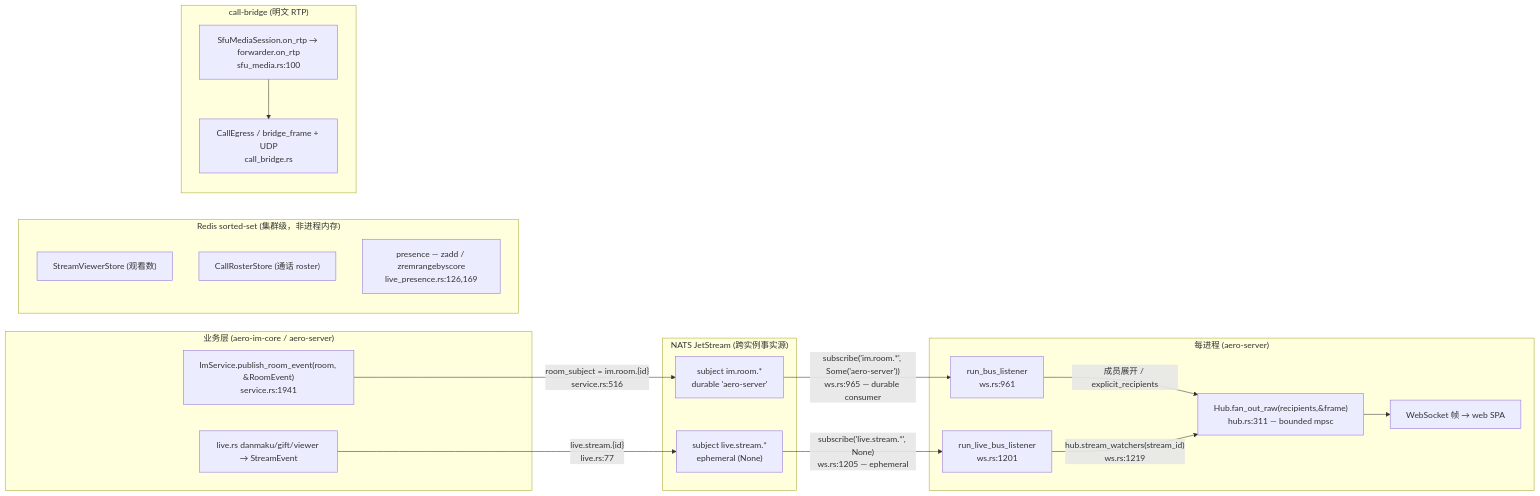
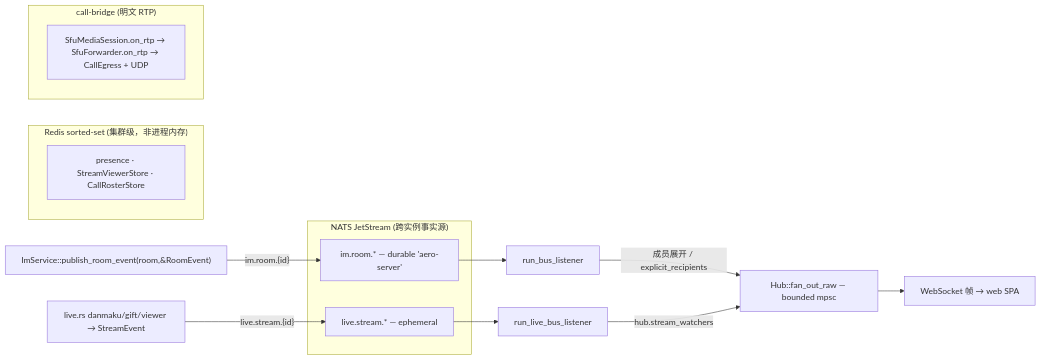
The diagram in AGENTS.md (yangwb1123/aero-im), drawn with Mermaid before and after one commit. The commit also changed other lines of this file, not shown here.

````diff
--- a/AGENTS.md
+++ b/AGENTS.md
@@ -9,33 +10,18 @@
 ```mermaid
 flowchart LR
-  subgraph 写路径["业务层 (aero-im-core / aero-server)"]
-    SVC["ImService.publish_room_event(room, &RoomEvent)<br/>service.rs:1941"]
-    LIVE["live.rs danmaku/gift/viewer → StreamEvent"]
+  SVC["ImService::publish_room_event(room,&RoomEvent)"] -->|"im.room.{id}"| N1
+  LIVE["live.rs danmaku/gift/viewer → StreamEvent"] -->|"live.stream.{id}"| N2
+  subgraph NATS["NATS JetStream (跨实例事实源)"]
+    N1["im.room.* — durable 'aero-server'"]
+    N2["live.stream.* — ephemeral"]
   end
-  SVC -->|"room_subject = im.room.{id}<br/>service.rs:516"| N1
-  LIVE -->|"live.stream.{id}<br/>live.rs:77"| N2
-  subgraph NATS["NATS JetStream (跨实例事实源)"]
-    N1["subject im.room.*<br/>durable 'aero-server'"]
-    N2["subject live.stream.*<br/>ephemeral (None)"]
-  end
-  N1 -->|"subscribe('im.room.*', Some('aero-server'))<br/>ws.rs:965 — durable consumer"| L1
-  N2 -->|"subscribe('live.stream.*', None)<br/>ws.rs:1205 — ephemeral"| L2
-  subgraph PROC["每进程 (aero-server)"]
-    L1["run_bus_listener<br/>ws.rs:961"]
-    L2["run_live_bus_listener<br/>ws.rs:1201"]
-    HUB["Hub.fan_out_raw(recipients,&frame)<br/>hub.rs:311 — bounded mpsc"]
-    L1 -->|"成员展开 / explicit_recipients"| HUB
-    L2 -->|"hub.stream_watchers(stream_id)<br/>ws.rs:1219"| HUB
-    HUB --> WS["WebSocket 帧 → web SPA"]
-  end
+  N1 --> L1["run_bus_listener"] -->|"成员展开 / explicit_recipients"| HUB
+  N2 --> L2["run_live_bus_listener"] -->|"hub.stream_watchers"| HUB
+  HUB["Hub::fan_out_raw — bounded mpsc"] --> WS["WebSocket 帧 → web SPA"]
   subgraph 集群状态["Redis sorted-set (集群级，非进程内存)"]
-    R1["StreamViewerStore (观看数)"]
-    R2["CallRosterStore (通话 roster)"]
-    R3["presence — zadd / zremrangebyscore<br/>live_presence.rs:126,169"]
+    R["presence · StreamViewerStore · CallRosterStore"]
   end
   subgraph 跨节点媒体["call-bridge (明文 RTP)"]
-    BR["SfuMediaSession.on_rtp → forwarder.on_rtp<br/>sfu_media.rs:100"]
-    EG["CallEgress / bridge_frame + UDP<br/>call_bridge.rs"]
-    BR --> EG
+    BR["SfuMediaSession.on_rtp → SfuForwarder.on_rtp → CallEgress + UDP"]
   end
 ```
````
